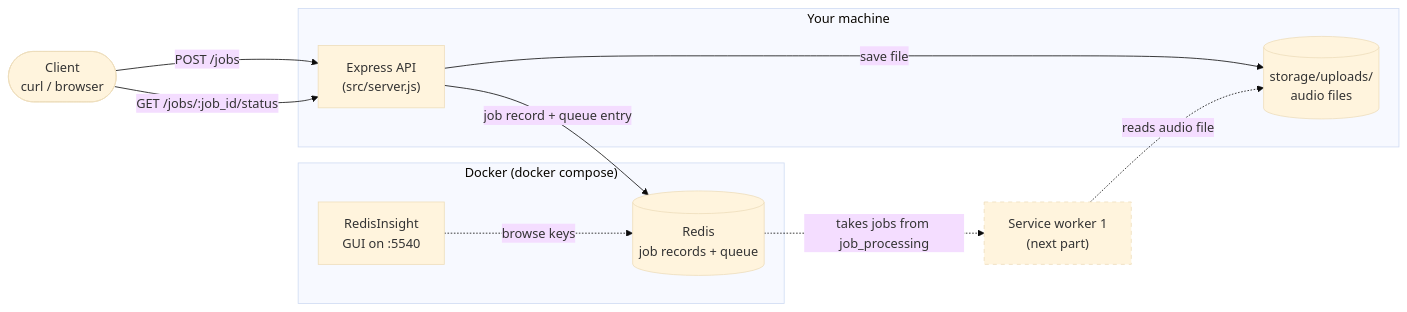
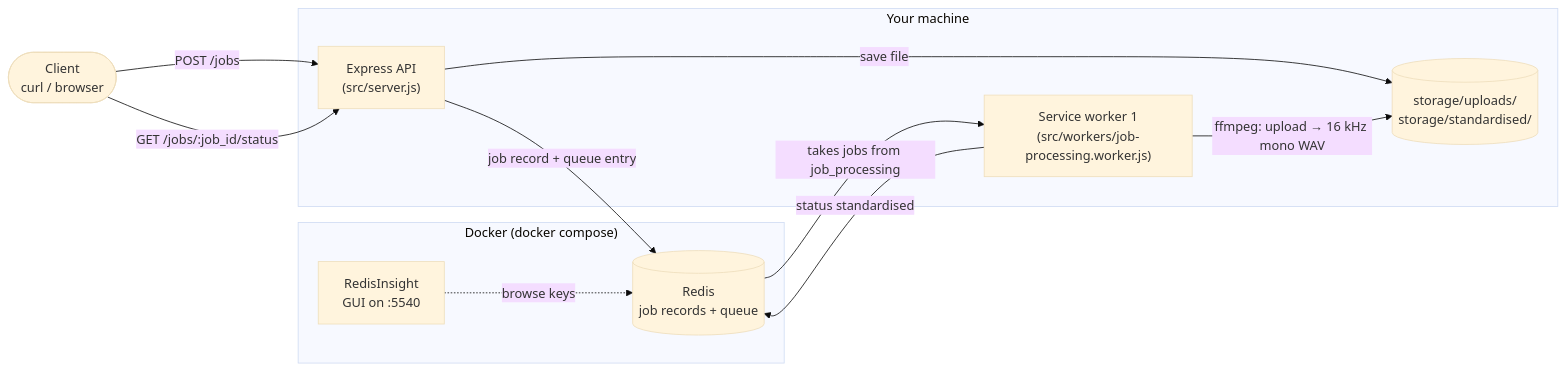
The first of 7 diagrams in README.md (yahyalfc/audio-transcriptor), drawn with Mermaid (base theme) before and after one commit. The commit also changed other lines of this file and 10 other files, not shown here.

````diff
--- a/README.md
+++ b/README.md
@@ -17,26 +15,24 @@
 ```mermaid
 flowchart LR
     Client([Client<br/>curl / browser])
 
     subgraph Mac["Your machine"]
         API["Express API<br/>(src/server.js)"]
-        Disk[("storage/uploads/<br/>audio files")]
+        Disk[("storage/uploads/<br/>storage/standardised/")]
+        Worker1["Service worker 1<br/>(src/workers/job-processing.worker.js)"]
     end
 
     subgraph Docker["Docker (docker compose)"]
         Redis[("Redis<br/>job records + queue")]
         Insight["RedisInsight<br/>GUI on :5540"]
     end
 
-    Worker1["Service worker 1<br/>(next part)"]
-
     Client -- "POST /jobs" --> API
     Client -- "GET /jobs/:job_id/status" --> API
     API -- "save file" --> Disk
     API -- "job record + queue entry" --> Redis
     Insight -. "browse keys" .-> Redis
-    Redis -. "takes jobs from job_processing" .-> Worker1
-    Worker1 -. "reads audio file" .-> Disk
-
-    style Worker1 stroke-dasharray: 5 5
+    Redis -- "takes jobs from job_processing" --> Worker1
+    Worker1 -- "ffmpeg: upload → 16 kHz mono WAV" --> Disk
+    Worker1 -- "status standardised" --> Redis
 ```
````
